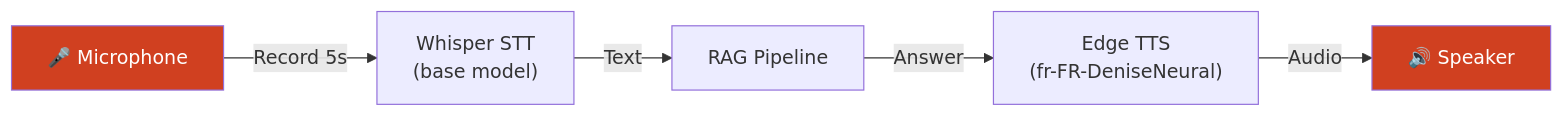
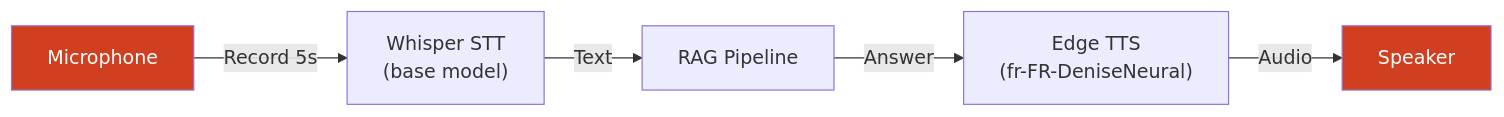
The third of 5 diagrams in README.md (RedaMohssine/E-Wslni---Chatbot-Robot-Guide), drawn with Mermaid before and after one commit. The commit also changed other lines of this file, not shown here.

````diff
--- a/README.md
+++ b/README.md
@@ -65,10 +65,10 @@
 ```mermaid
 flowchart LR
-    MIC["🎤 Microphone"] -->|Record 5s| W["Whisper STT\n(base model)"]
+    MIC["Microphone"] -->|Record 5s| W["Whisper STT\n(base model)"]
     W -->|Text| RAG["RAG Pipeline"]
     RAG -->|Answer| TTS["Edge TTS\n(fr-FR-DeniseNeural)"]
-    TTS -->|Audio| SPK["🔊 Speaker"]
+    TTS -->|Audio| SPK["Speaker"]
 
     style MIC fill:#d04020,color:#fff
     style SPK fill:#d04020,color:#fff
 ```
````
